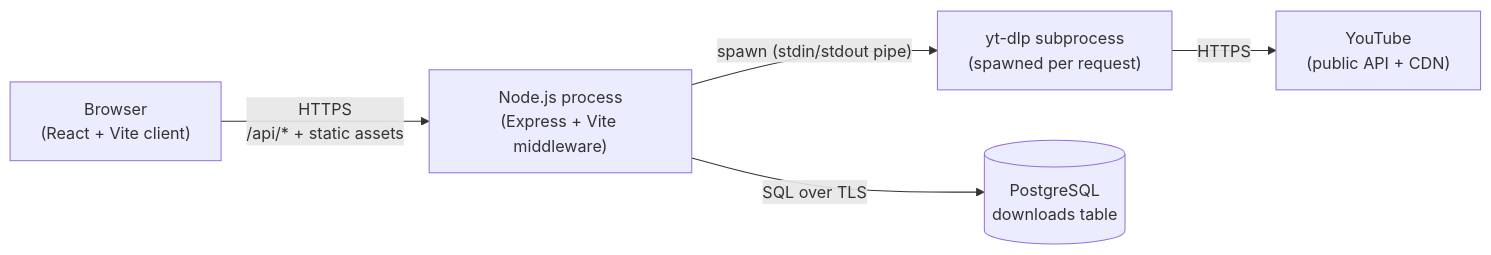
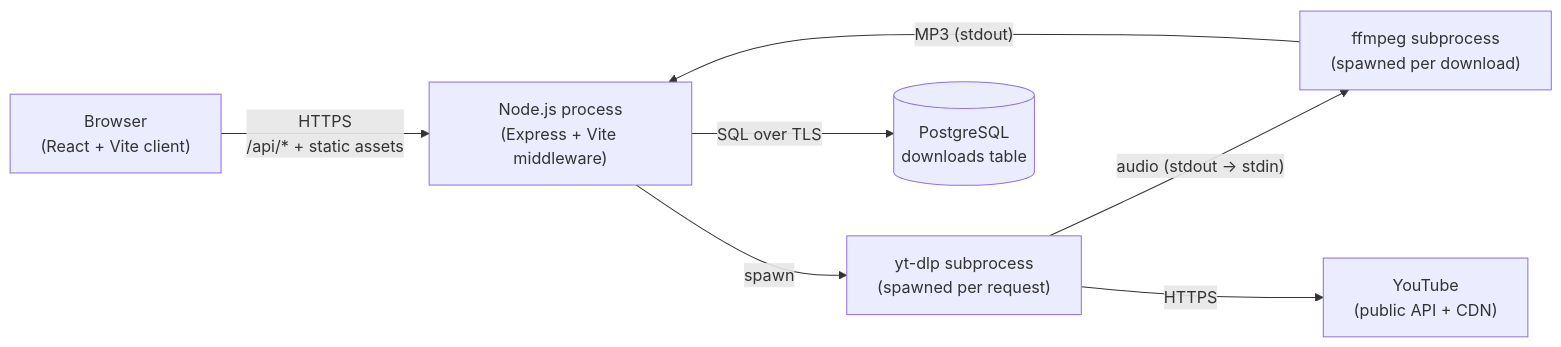
Before and after one commit to ShayanZafar/YTDownload: the first of 4 diagrams in TECHNICAL.md, drawn with Mermaid. The commit also changed other lines of this file and 18 other files, not shown here.

````diff
--- a/TECHNICAL.md
+++ b/TECHNICAL.md
@@ -101,13 +106,16 @@
 ```mermaid
 flowchart LR
   Browser["Browser<br/>(React + Vite client)"]
   Node["Node.js process<br/>(Express + Vite middleware)"]
   YtDlp["yt-dlp subprocess<br/>(spawned per request)"]
+  Ffmpeg["ffmpeg subprocess<br/>(spawned per download)"]
   YouTube["YouTube<br/>(public API + CDN)"]
   DB[("PostgreSQL<br/>downloads table")]
 
   Browser -- "HTTPS<br/>/api/* + static assets" --> Node
-  Node -- "spawn (stdin/stdout pipe)" --> YtDlp
+  Node -- "spawn" --> YtDlp
+  YtDlp -- "audio (stdout → stdin)" --> Ffmpeg
+  Ffmpeg -- "MP3 (stdout)" --> Node
   YtDlp -- "HTTPS" --> YouTube
   Node -- "SQL over TLS" --> DB
 ```
````
